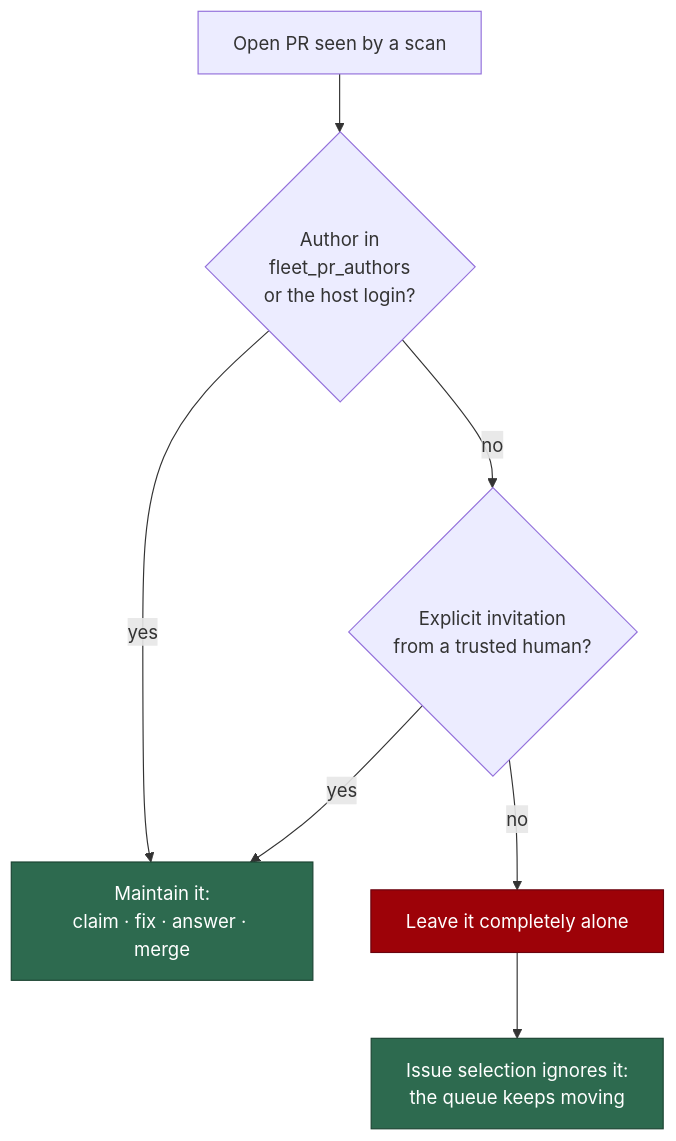
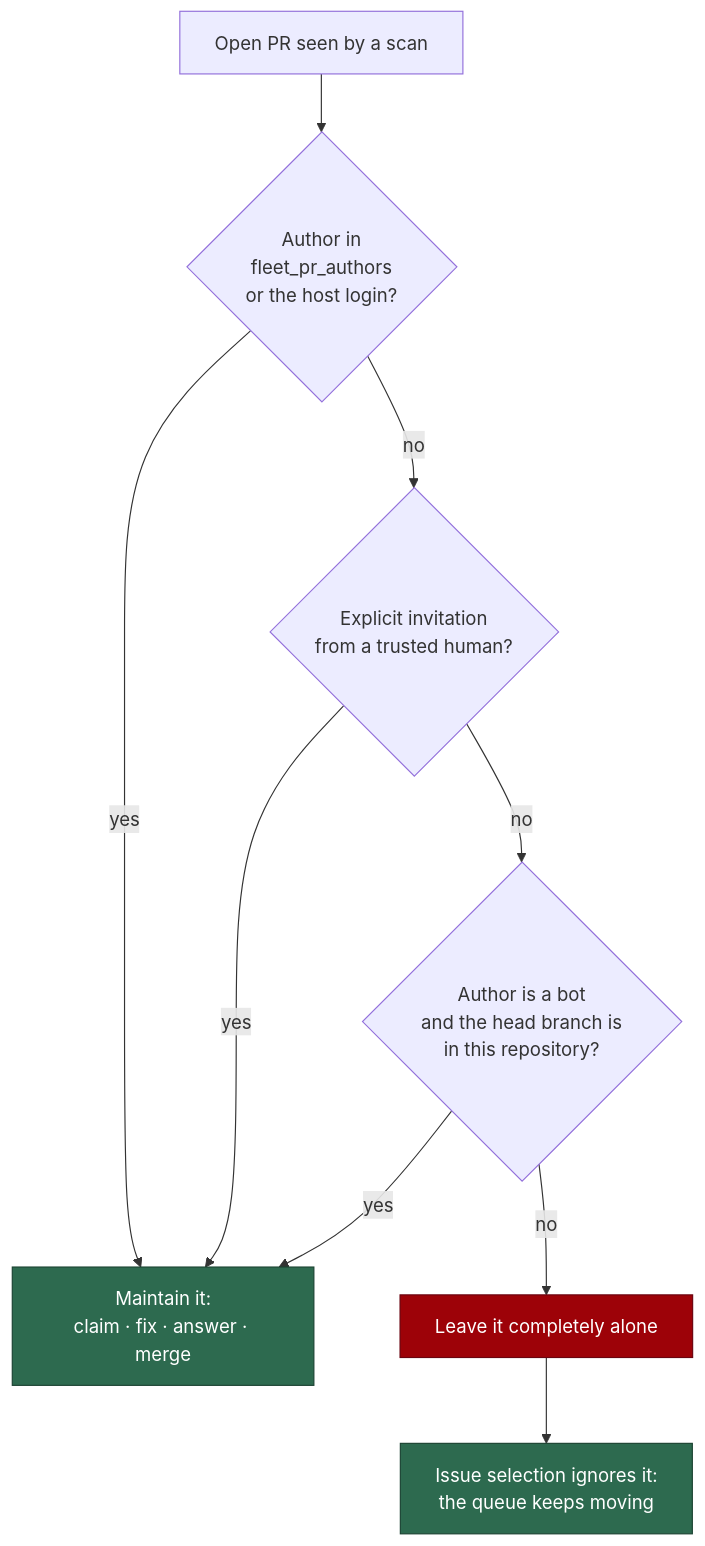
One commit to stSoftwareAU/VibeCoder changed the first of 2 diagrams in docs/HUMAN-PR-POLICY.md. Above: the diagram before and after it, drawn with Mermaid. The commit also changed other lines of this file and 2 other files, not shown here.

First line of the commit message:
Record the bot-PR admission policy in the docs (Issue #1848)

````diff
--- a/docs/HUMAN-PR-POLICY.md
+++ b/docs/HUMAN-PR-POLICY.md
@@ -60,12 +61,14 @@
 ```mermaid
 flowchart TD
     A["Open PR seen by a scan"] --> B{"Author in<br/>fleet_pr_authors<br/>or the host login?"}
     B -- yes --> M["Maintain it:<br/>claim · fix · answer · merge"]
     B -- no --> C{"Explicit invitation<br/>from a trusted human?"}
     C -- yes --> M
-    C -- no --> D["Leave it completely alone"]
+    C -- no --> F{"Author is a bot<br/>and the head branch is<br/>in this repository?"}
+    F -- yes --> M
+    F -- no --> D["Leave it completely alone"]
     D --> E["Issue selection ignores it:<br/>the queue keeps moving"]
     style M fill:#2d6a4f,stroke:#1b4332,color:#fff
     style D fill:#9d0208,stroke:#6a040f,color:#fff
     style E fill:#2d6a4f,stroke:#1b4332,color:#fff
 ```
````
